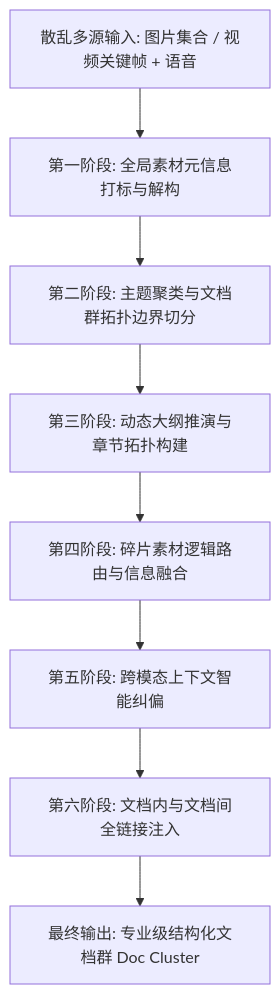
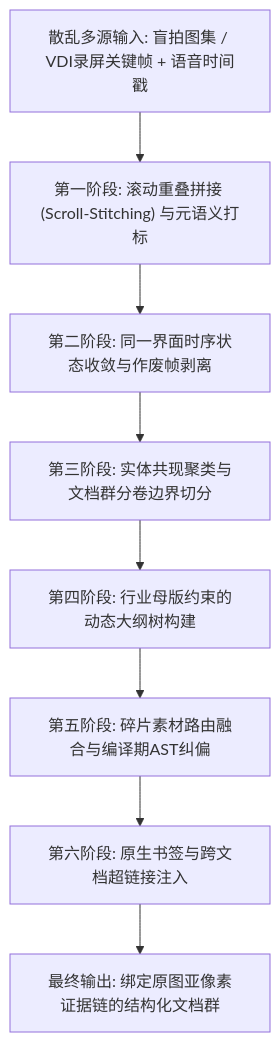
One commit to TK-zhang/tupian-zhuan-wendang changed the first of 2 diagrams in docs/04_架构设计与技术实现/02_核心算法设计_文档重组织与智能纠偏.md. Above: the diagram before and after it, drawn with Mermaid. The commit also changed other lines of this file and 19 other files, not shown here.

````diff
--- a/docs/04_架构设计与技术实现/02_核心算法设计_文档重组织与智能纠偏.md
+++ b/docs/04_架构设计与技术实现/02_核心算法设计_文档重组织与智能纠偏.md
@@ -24,10 +23,10 @@
 ```mermaid
 flowchart TD
-    A[散乱多源输入: 图片集合 / 视频关键帧 + 语音] --> B[第一阶段: 全局素材元信息打标与解构]
-    B --> C[第二阶段: 主题聚类与文档群拓扑边界切分]
-    C --> D[第三阶段: 动态大纲推演与章节拓扑构建]
-    D --> E[第四阶段: 碎片素材逻辑路由与信息融合]
-    E --> F[第五阶段: 跨模态上下文智能纠偏]
-    F --> G[第六阶段: 文档内与文档间全链接注入]
-    G --> H[最终输出: 专业级结构化文档群 Doc Cluster]
+    A["散乱多源输入: 盲拍图集 / VDI录屏关键帧 + 语音时间戳"] --> B["第一阶段: 滚动重叠拼接 (Scroll-Stitching) 与元语义打标"]
+    B --> C["第二阶段: 同一界面时序状态收敛与作废帧剥离"]
+    C --> D["第三阶段: 实体共现聚类与文档群分卷边界切分"]
+    D --> E["第四阶段: 行业母版约束的动态大纲树构建"]
+    E --> F["第五阶段: 碎片素材路由融合与编译期AST纠偏"]
+    F --> G["第六阶段: 原生书签与跨文档超链接注入"]
+    G --> H["最终输出: 绑定原图亚像素证据链的结构化文档群"]
 ```
````
